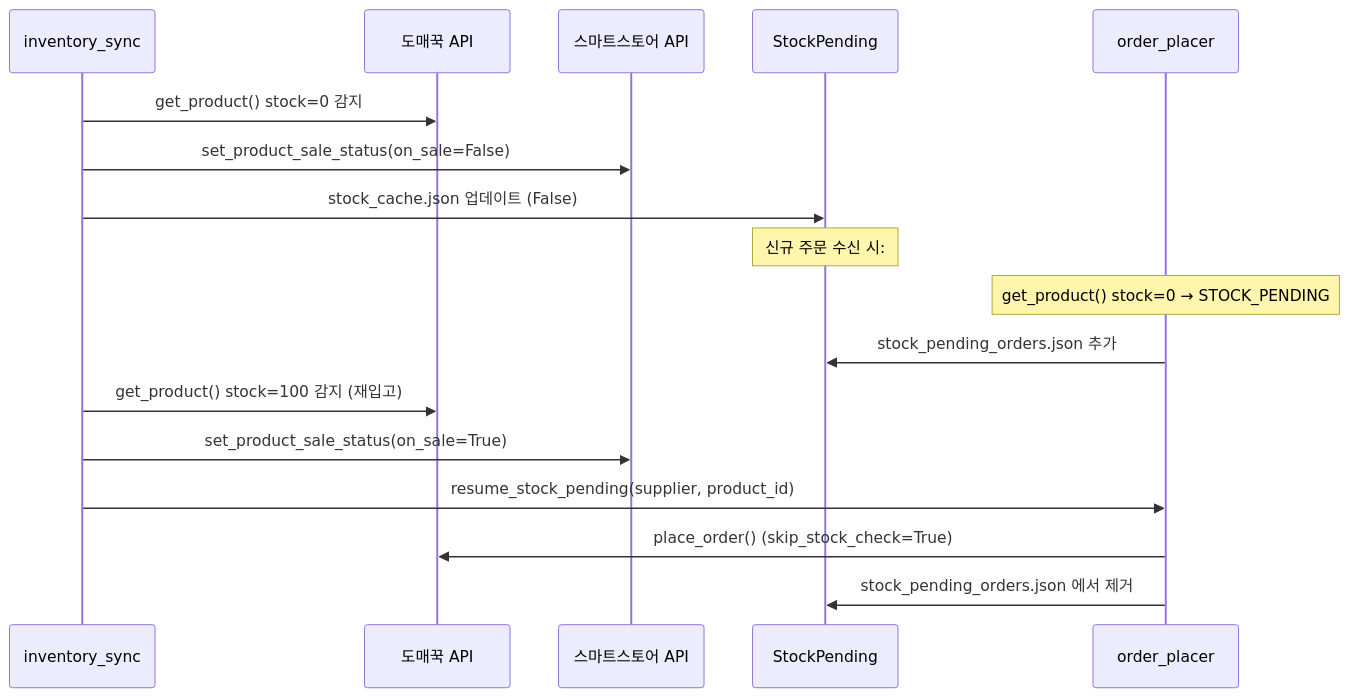
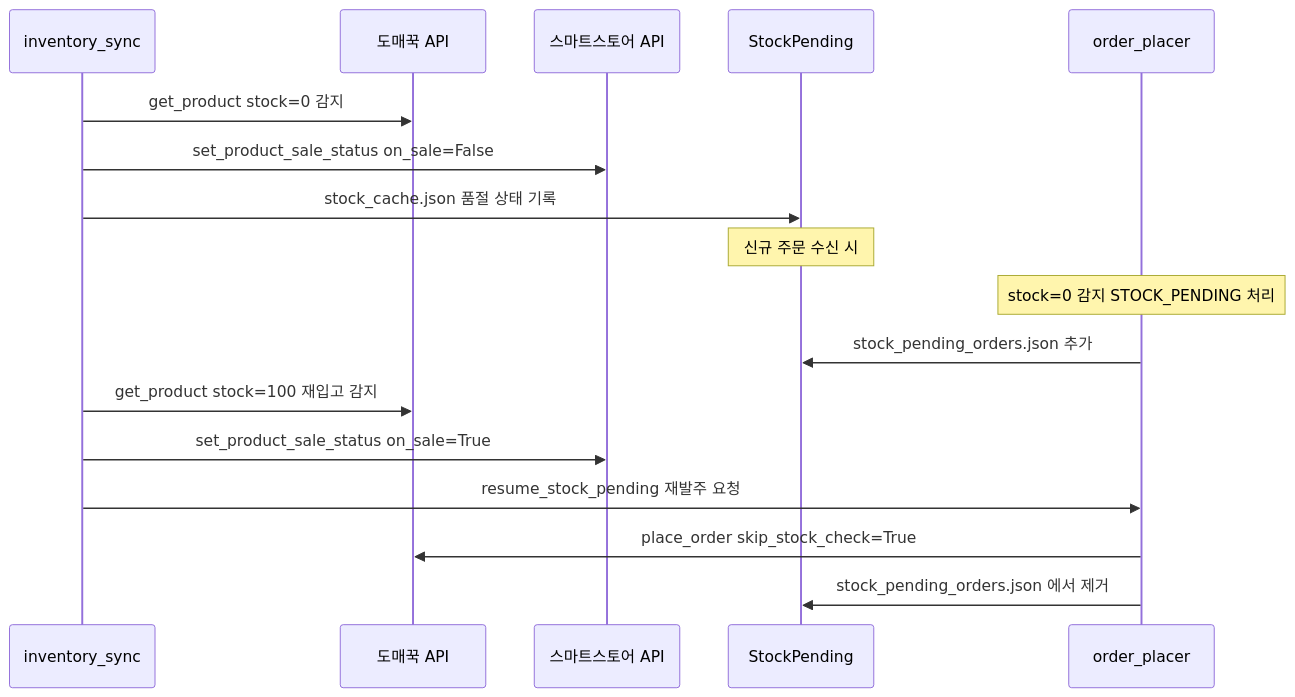
One commit to pkeom/pkeom changed the ninth of 9 diagrams in SYSTEM_MASTER_SPEC.md. Above: the diagram before and after it, drawn with Mermaid. The commit also changed other lines of this file, not shown here.

First line of the commit message:
fix: SYSTEM_MASTER_SPEC.md Mermaid 다이어그램 문법 오류 전체 수정

````diff
--- a/SYSTEM_MASTER_SPEC.md
+++ b/SYSTEM_MASTER_SPEC.md
@@ -1606,22 +1606,22 @@
 ```mermaid
 sequenceDiagram
     participant SYN as inventory_sync
     participant DK as 도매꾹 API
     participant SS as 스마트스토어 API
     participant SP as StockPending
     participant PLC as order_placer
 
-    SYN->>DK: get_product() stock=0 감지
-    SYN->>SS: set_product_sale_status(on_sale=False)
-    SYN->>SP: stock_cache.json 업데이트 (False)
+    SYN->>DK: get_product stock=0 감지
+    SYN->>SS: set_product_sale_status on_sale=False
+    SYN->>SP: stock_cache.json 품절 상태 기록
 
-    Note over SP: 신규 주문 수신 시:
-    Note over PLC: get_product() stock=0 → STOCK_PENDING
+    Note over SP: 신규 주문 수신 시
+    Note over PLC: stock=0 감지 STOCK_PENDING 처리
     PLC->>SP: stock_pending_orders.json 추가
 
-    SYN->>DK: get_product() stock=100 감지 (재입고)
-    SYN->>SS: set_product_sale_status(on_sale=True)
-    SYN->>PLC: resume_stock_pending(supplier, product_id)
-    PLC->>DK: place_order() (skip_stock_check=True)
+    SYN->>DK: get_product stock=100 재입고 감지
+    SYN->>SS: set_product_sale_status on_sale=True
+    SYN->>PLC: resume_stock_pending 재발주 요청
+    PLC->>DK: place_order skip_stock_check=True
     PLC->>SP: stock_pending_orders.json 에서 제거
 ```
````
